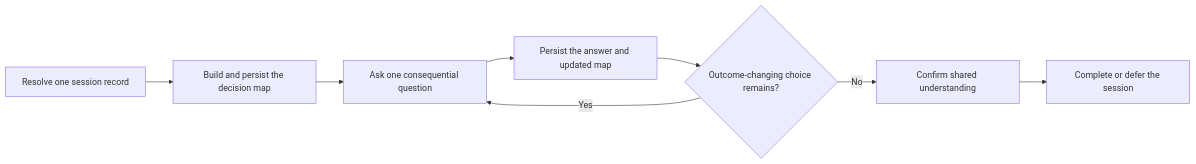
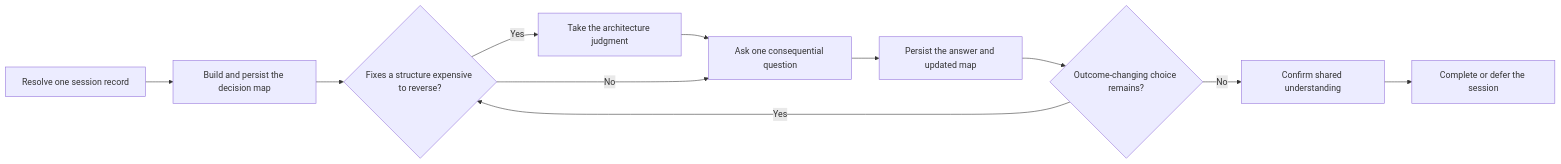
One commit to fam-tung-lam/ptlam-agent-plugin changed the diagram in plugin/skills/ptlam-grilling/SKILL.md. Above: the diagram before and after it, drawn with Mermaid. The commit also changed other lines of this file and 570 other files, not shown here.

First line of the commit message:
refactor(skills): compose existing skills with ptlam-architecturing

````diff
--- a/plugin/skills/ptlam-grilling/SKILL.md
+++ b/plugin/skills/ptlam-grilling/SKILL.md
@@ -14,10 +14,13 @@
 ```mermaid
 flowchart LR
     ResolveRecord["Resolve one session record"] --> BuildDecisionMap["Build and persist the decision map"]
-    BuildDecisionMap --> AskQuestion["Ask one consequential question"]
+    BuildDecisionMap --> ExpensiveStructure{"Fixes a structure expensive to reverse?"}
+    ExpensiveStructure -->|"Yes"| TakeJudgment["Take the architecture judgment"]
+    TakeJudgment --> AskQuestion["Ask one consequential question"]
+    ExpensiveStructure -->|"No"| AskQuestion
     AskQuestion --> PersistAnswer["Persist the answer and updated map"]
     PersistAnswer --> ChoiceRemains{"Outcome-changing choice remains?"}
-    ChoiceRemains -->|"Yes"| AskQuestion
+    ChoiceRemains -->|"Yes"| ExpensiveStructure
     ChoiceRemains -->|"No"| ConfirmUnderstanding["Confirm shared understanding"]
     ConfirmUnderstanding --> CloseSession["Complete or defer the session"]
 ```
````
